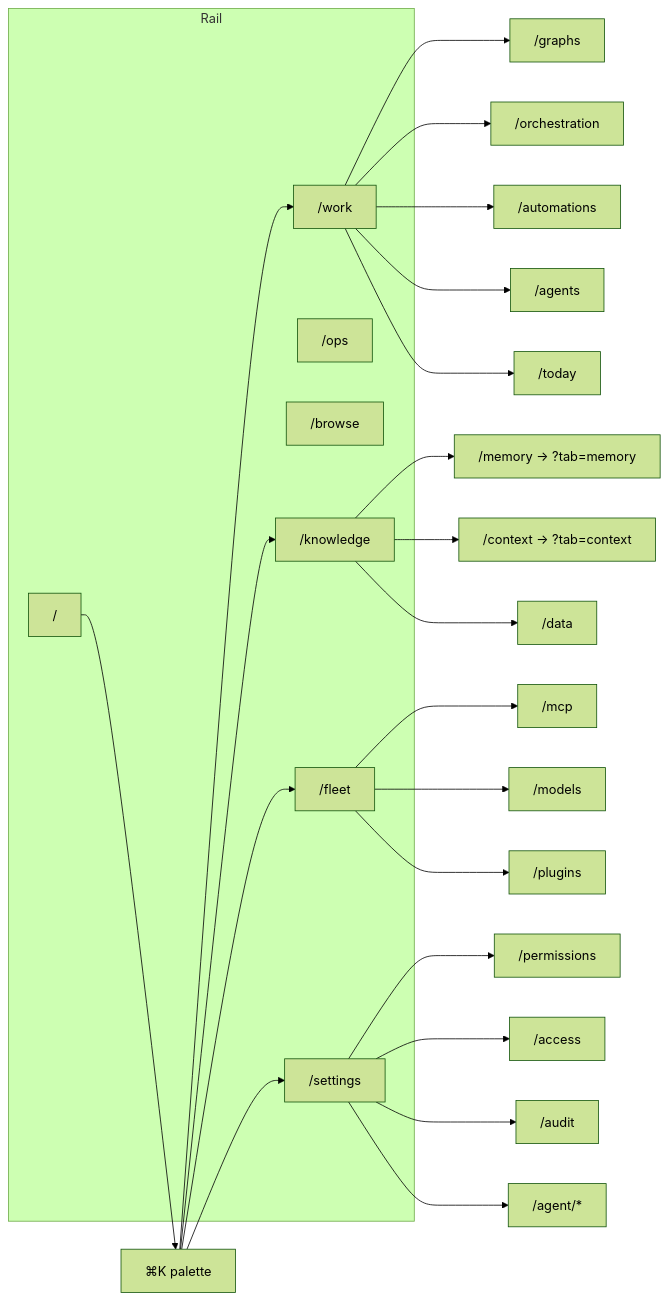
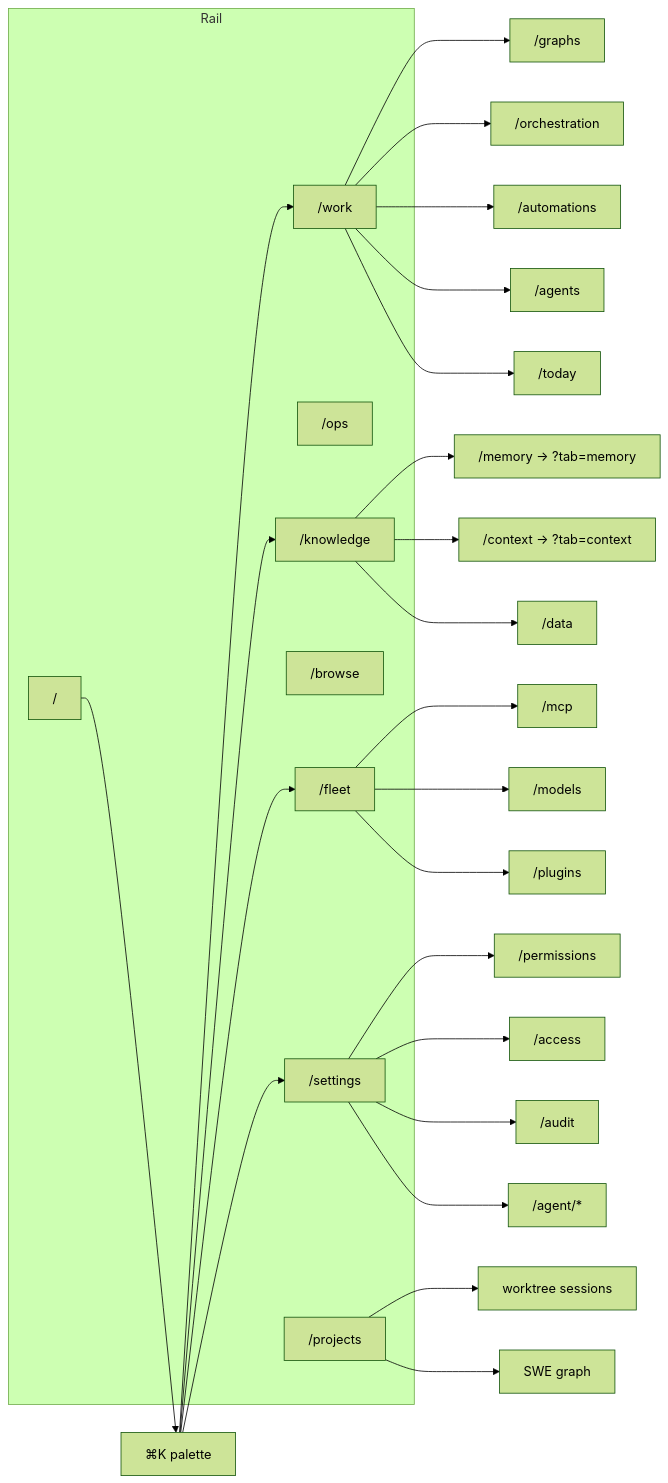
One commit to TheProductArchitect/localmind changed the first of 5 diagrams in docs/architecture.md. Above: the diagram before and after it, drawn with Mermaid (forest theme). The commit also changed other lines of this file and 34 other files, not shown here.

````diff
--- a/docs/architecture.md
+++ b/docs/architecture.md
@@ -8,37 +8,40 @@
 ```mermaid
 flowchart LR
   subgraph Rail
     Chat["/"]
     Work["/work"]
     Ops["/ops"]
+    Projects["/projects"]
     Browse["/browse"]
     Knowledge["/knowledge"]
     Fleet["/fleet"]
     Settings["/settings"]
   end
 
   Work --> Graphs["/graphs"]
   Work --> Orch["/orchestration"]
   Work --> Auto["/automations"]
   Work --> Agents["/agents"]
   Work --> Today["/today"]
+  Projects --> Sessions["worktree sessions"]
+  Projects --> Swe["SWE graph"]
 
   Knowledge --> Memory["/memory → ?tab=memory"]
   Knowledge --> Context["/context → ?tab=context"]
   Knowledge --> Data["/data"]
 
   Fleet --> MCP["/mcp"]
   Fleet --> Models["/models"]
   Fleet --> Plugins["/plugins"]
 
   Settings --> Perms["/permissions"]
   Settings --> Access["/access"]
   Settings --> Audit["/audit"]
   Settings --> AgentCfg["/agent/*"]
 
   Chat --> CmdK["⌘K palette"]
   CmdK --> Work
   CmdK --> Knowledge
   CmdK --> Fleet
   CmdK --> Settings
 ```
````
